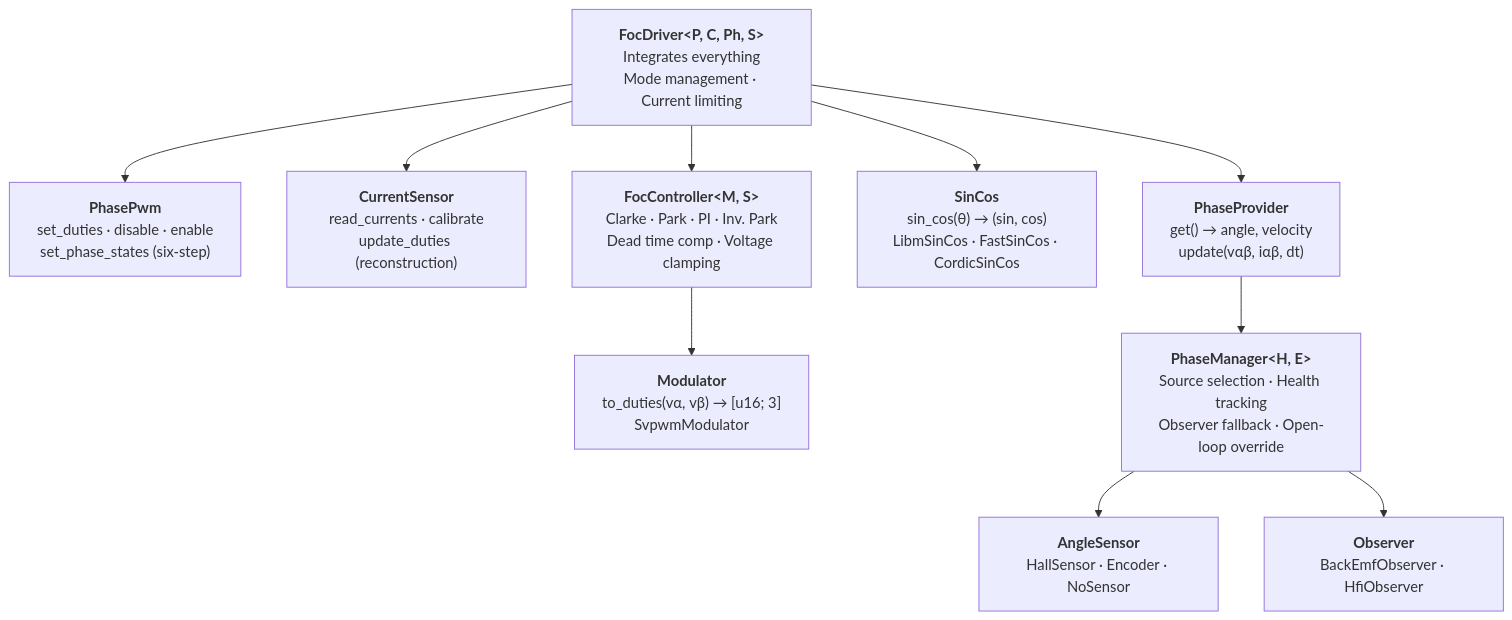
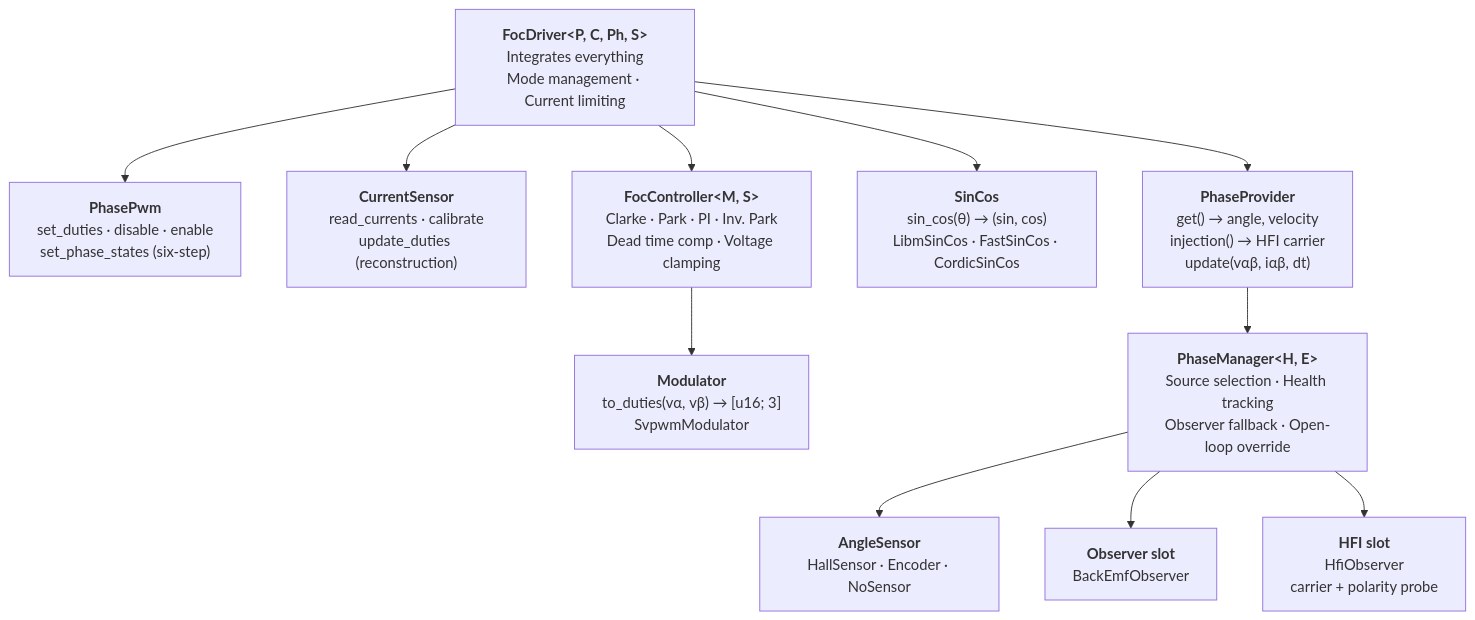
The first of 2 diagrams in README.md (okhsunrog/oxifoc), drawn with Mermaid before and after one commit. The commit also changed other lines of this file and 1 other file, not shown here.

First line of the commit message:
docs: bring architecture.md and README in line with the current code

````diff
--- a/README.md
+++ b/README.md
@@ -11,16 +11,17 @@
 ```mermaid
 graph TD
     FocDriver["<b>FocDriver&lt;P, C, Ph, S&gt;</b><br/>Integrates everything<br/>Mode management · Current limiting"]
 
     FocDriver --> PhasePwm["<b>PhasePwm</b><br/>set_duties · disable · enable<br/>set_phase_states (six-step)"]
     FocDriver --> CurrentSensor["<b>CurrentSensor</b><br/>read_currents · calibrate<br/>update_duties (reconstruction)"]
-    FocDriver --> PhaseProvider["<b>PhaseProvider</b><br/>get() → angle, velocity<br/>update(vαβ, iαβ, dt)"]
+    FocDriver --> PhaseProvider["<b>PhaseProvider</b><br/>get() → angle, velocity<br/>injection() → HFI carrier<br/>update(vαβ, iαβ, dt)"]
     FocDriver --> SinCos["<b>SinCos</b><br/>sin_cos(θ) → (sin, cos)<br/>LibmSinCos · FastSinCos · CordicSinCos"]
 
     FocDriver --> FocController["<b>FocController&lt;M, S&gt;</b><br/>Clarke · Park · PI · Inv. Park<br/>Dead time comp · Voltage clamping"]
     FocController --> Modulator["<b>Modulator</b><br/>to_duties(vα, vβ) → [u16; 3]<br/>SvpwmModulator"]
 
     PhaseProvider --> PhaseManager["<b>PhaseManager&lt;H, E&gt;</b><br/>Source selection · Health tracking<br/>Observer fallback · Open-loop override"]
     PhaseManager --> AngleSensor["<b>AngleSensor</b><br/>HallSensor · Encoder · NoSensor"]
-    PhaseManager --> Observer["<b>Observer</b><br/>BackEmfObserver · HfiObserver"]
+    PhaseManager --> Observer["<b>Observer slot</b><br/>BackEmfObserver"]
+    PhaseManager --> Hfi["<b>HFI slot</b><br/>HfiObserver<br/>carrier + polarity probe"]
 ```
````
